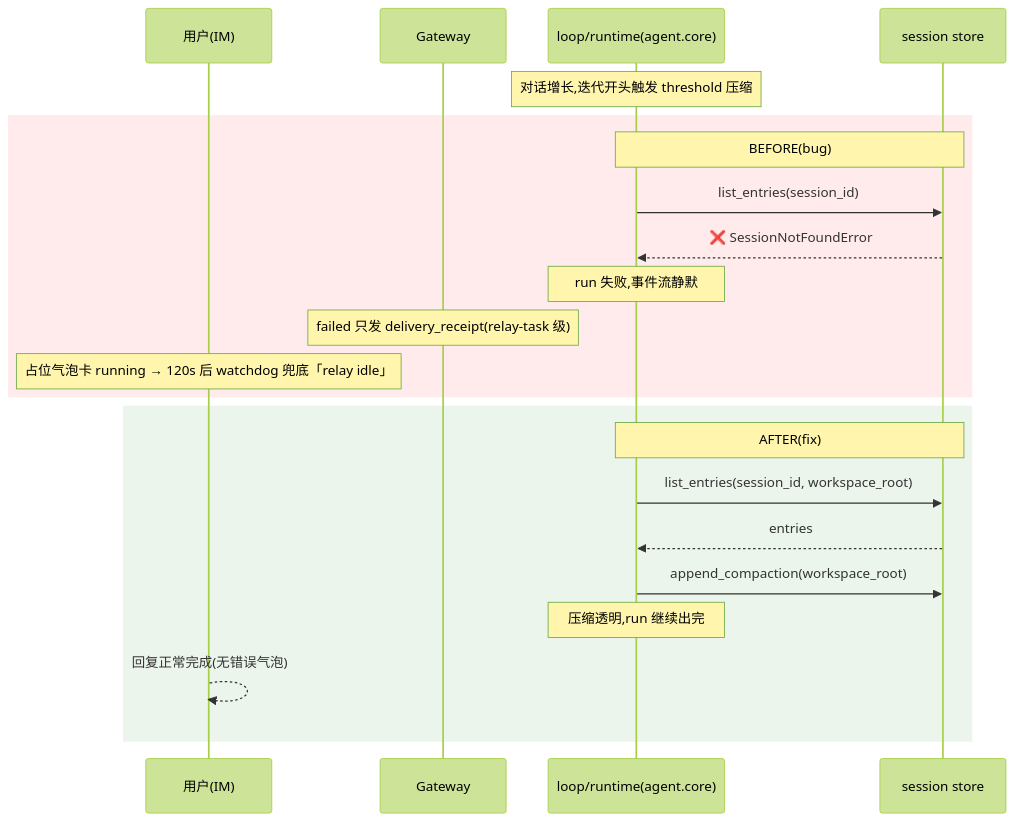
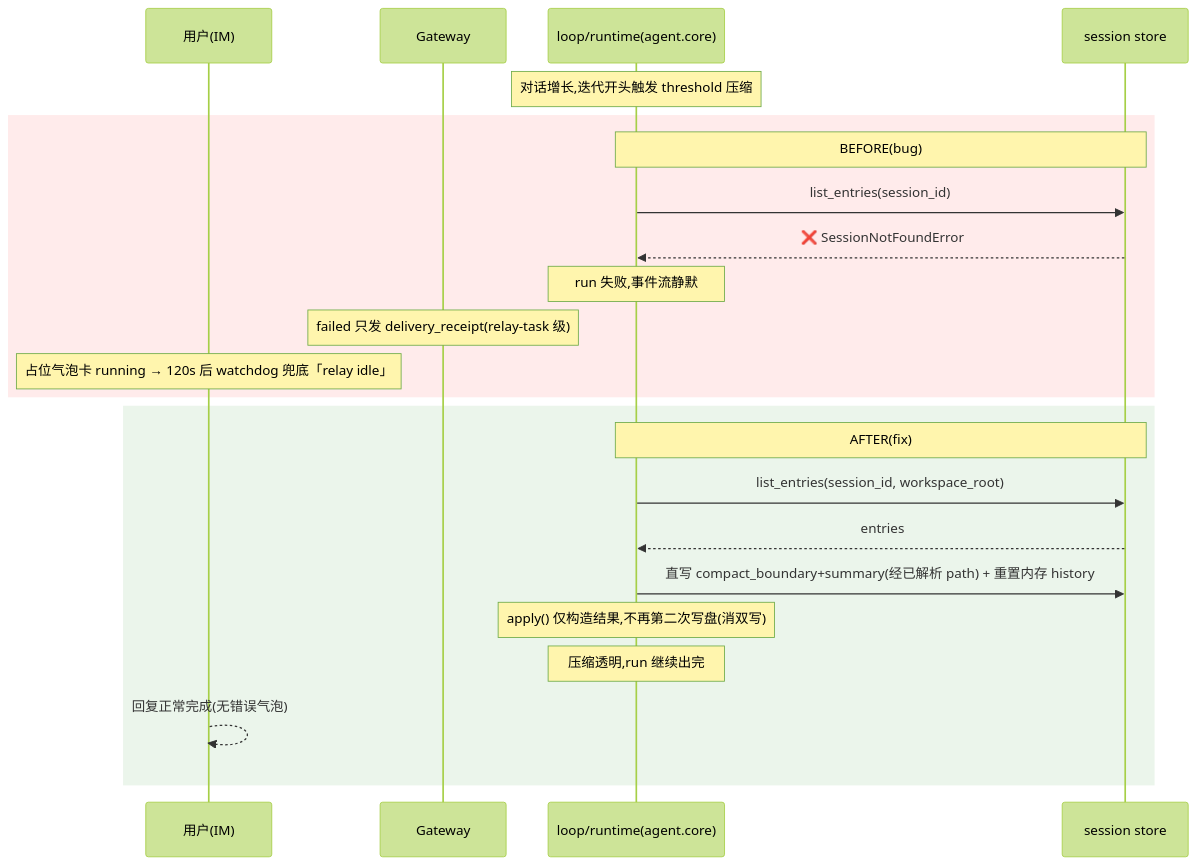
One commit to Mrchen116/nano-multiagent changed the second of 3 diagrams in docs/changes/bugfix-437-compaction-workspace-root-crash/design.md. Above: the diagram before and after it, drawn with Mermaid (forest theme). The commit also changed other lines of this file and 1 other file, not shown here.

````diff
--- a/docs/changes/bugfix-437-compaction-workspace-root-crash/design.md
+++ b/docs/changes/bugfix-437-compaction-workspace-root-crash/design.md
@@ -108,24 +109,25 @@
 ```mermaid
 sequenceDiagram
   participant U as 用户(IM)
   participant GW as Gateway
   participant LP as loop/runtime(agent.core)
   participant ST as session store
   Note over LP: 对话增长,迭代开头触发 threshold 压缩
   rect rgb(255,235,235)
     Note over LP,ST: BEFORE(bug)
     LP->>ST: list_entries(session_id)  # 漏 workspace_root
     ST-->>LP: ❌ SessionNotFoundError
     Note over LP: run 失败,事件流静默
     Note over GW: failed 只发 delivery_receipt(relay-task 级)
     Note over U: 占位气泡卡 running → 120s 后 watchdog 兜底「relay idle」
   end
   rect rgb(235,245,235)
     Note over LP,ST: AFTER(fix)
-    LP->>ST: list_entries(session_id, workspace_root)  # 带根
+    LP->>ST: list_entries(session_id, workspace_root)  # 带根(threshold 读取)
     ST-->>LP: entries
-    LP->>ST: append_compaction(workspace_root)  # 单一带根写入
+    LP->>ST: 直写 compact_boundary+summary(经已解析 path) + 重置内存 history
+    Note over LP: apply() 仅构造结果,不再第二次写盘(消双写)
     Note over LP: 压缩透明,run 继续出完
     U-->>U: 回复正常完成(无错误气泡)
   end
 ```
````
